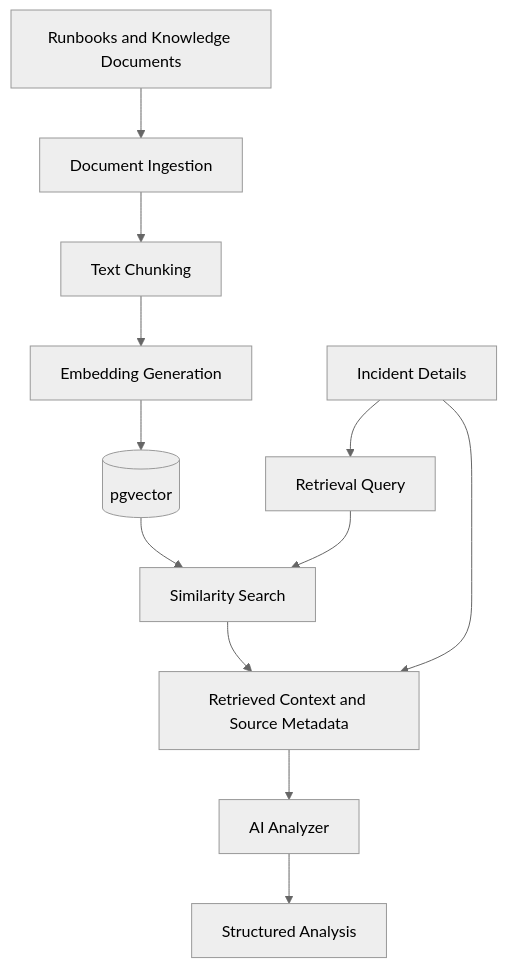
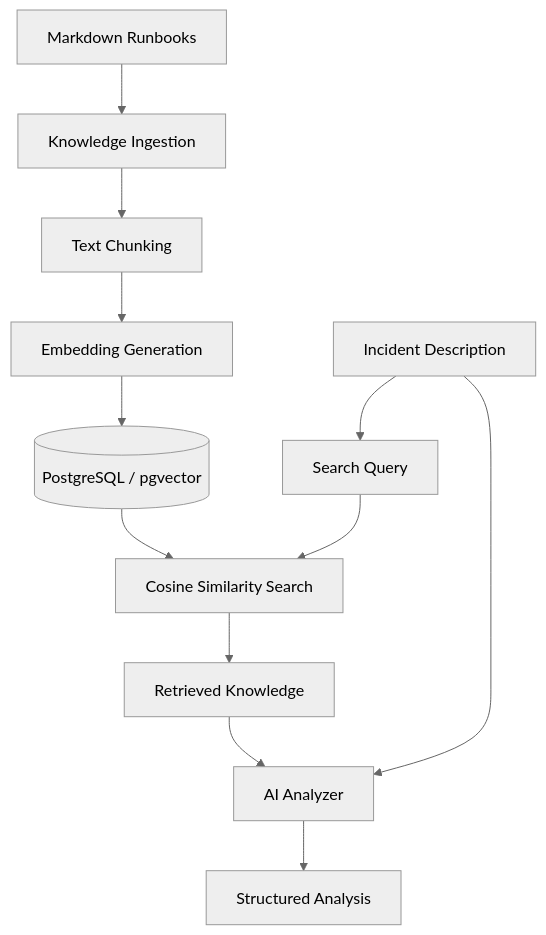
One commit to frankierosa/ai-incident-response-platform changed the second of 2 diagrams in README.md. Above: the diagram before and after it, drawn with Mermaid (neutral theme). The commit also changed other lines of this file and 2 other files, not shown here.

````diff
--- a/README.md
+++ b/README.md
@@ -141,14 +128,14 @@
 ```mermaid
 flowchart TD
-    Docs[Runbooks and Knowledge Documents] --> Ingest[Document Ingestion]
-    Ingest --> Chunks[Text Chunking]
-    Chunks --> Embeddings[Embedding Generation]
-    Embeddings --> Vector[(pgvector)]
-    Incident[Incident Details] --> Query[Retrieval Query]
-    Query --> Search[Similarity Search]
-    Vector --> Search
-    Search --> Context[Retrieved Context and Source Metadata]
-    Incident --> Context
+    Runbooks[Markdown Runbooks] --> Ingestion[Knowledge Ingestion]
+    Ingestion --> Chunking[Text Chunking]
+    Chunking --> Embeddings[Embedding Generation]
+    Embeddings --> VectorDB[(PostgreSQL / pgvector)]
+    Incident[Incident Description] --> Query[Search Query]
+    Query --> Similarity[Cosine Similarity Search]
+    VectorDB --> Similarity
+    Similarity --> Context[Retrieved Knowledge]
     Context --> Analyzer[AI Analyzer]
-    Analyzer --> Result[Structured Analysis]
+    Incident --> Analyzer
+    Analyzer --> Analysis[Structured Analysis]
 ```
````
